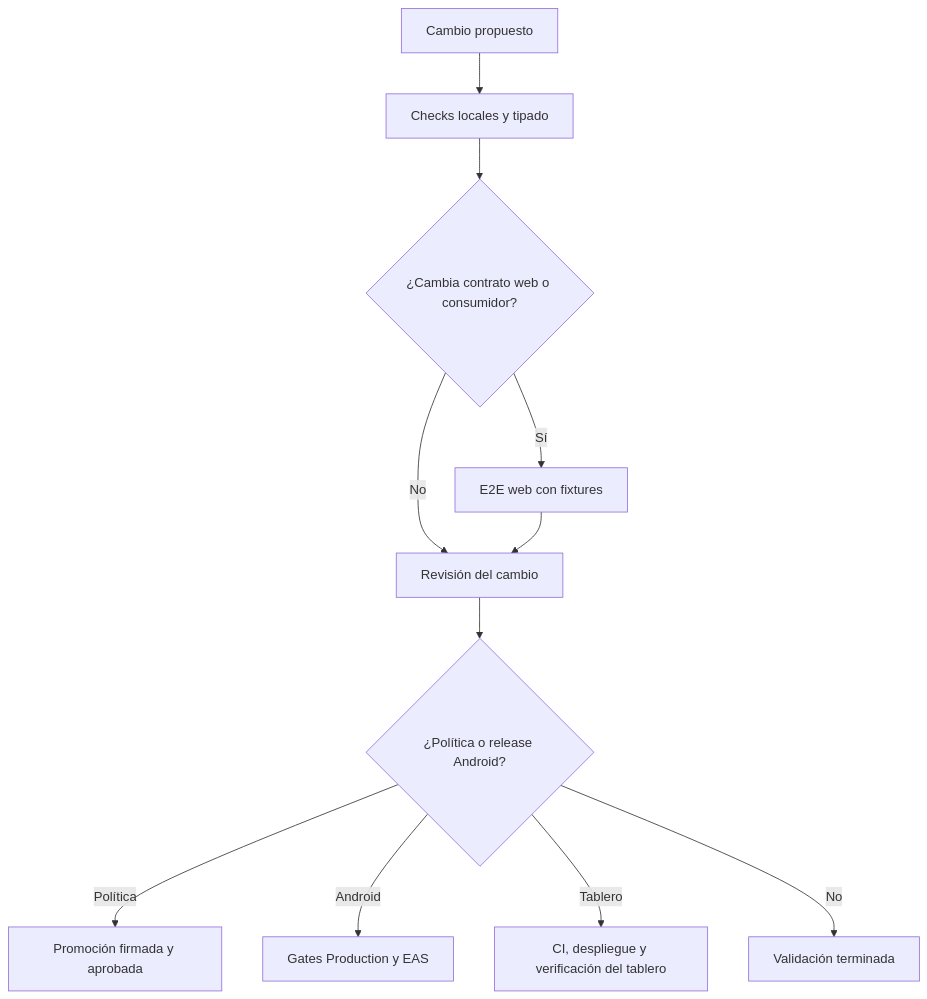
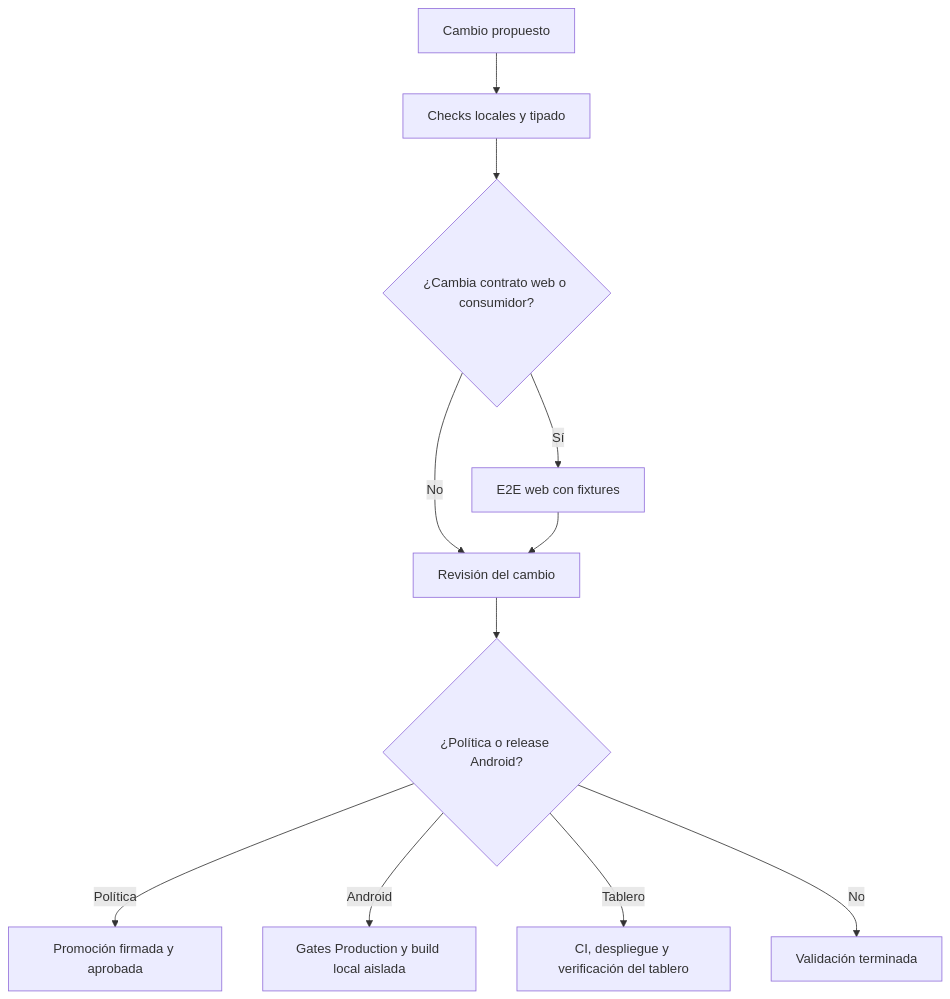
The first of 4 diagrams in openwiki/operations/build-release-and-testing.md (maximofn/gymnasia), drawn with Mermaid before and after one commit. The commit also changed other lines of this file and 41 other files, not shown here.

````diff
--- a/openwiki/operations/build-release-and-testing.md
+++ b/openwiki/operations/build-release-and-testing.md
@@ -90,13 +98,13 @@
 ```mermaid
 flowchart TD
     Change["Cambio propuesto"] --> Local["Checks locales y tipado"]
     Local --> Scope{"¿Cambia contrato web o consumidor?"}
     Scope -->|"Sí"| Web["E2E web con fixtures"]
     Scope -->|"No"| Review["Revisión del cambio"]
     Web --> Review
     Review --> Sensitive{"¿Política o release Android?"}
     Sensitive -->|"Política"| Signed["Promoción firmada y aprobada"]
-    Sensitive -->|"Android"| Release["Gates Production y EAS"]
+    Sensitive -->|"Android"| Release["Gates Production y build local aislada"]
     Sensitive -->|"Tablero"| Board["CI, despliegue y verificación del tablero"]
     Sensitive -->|"No"| Done["Validación terminada"]
 ```
````
